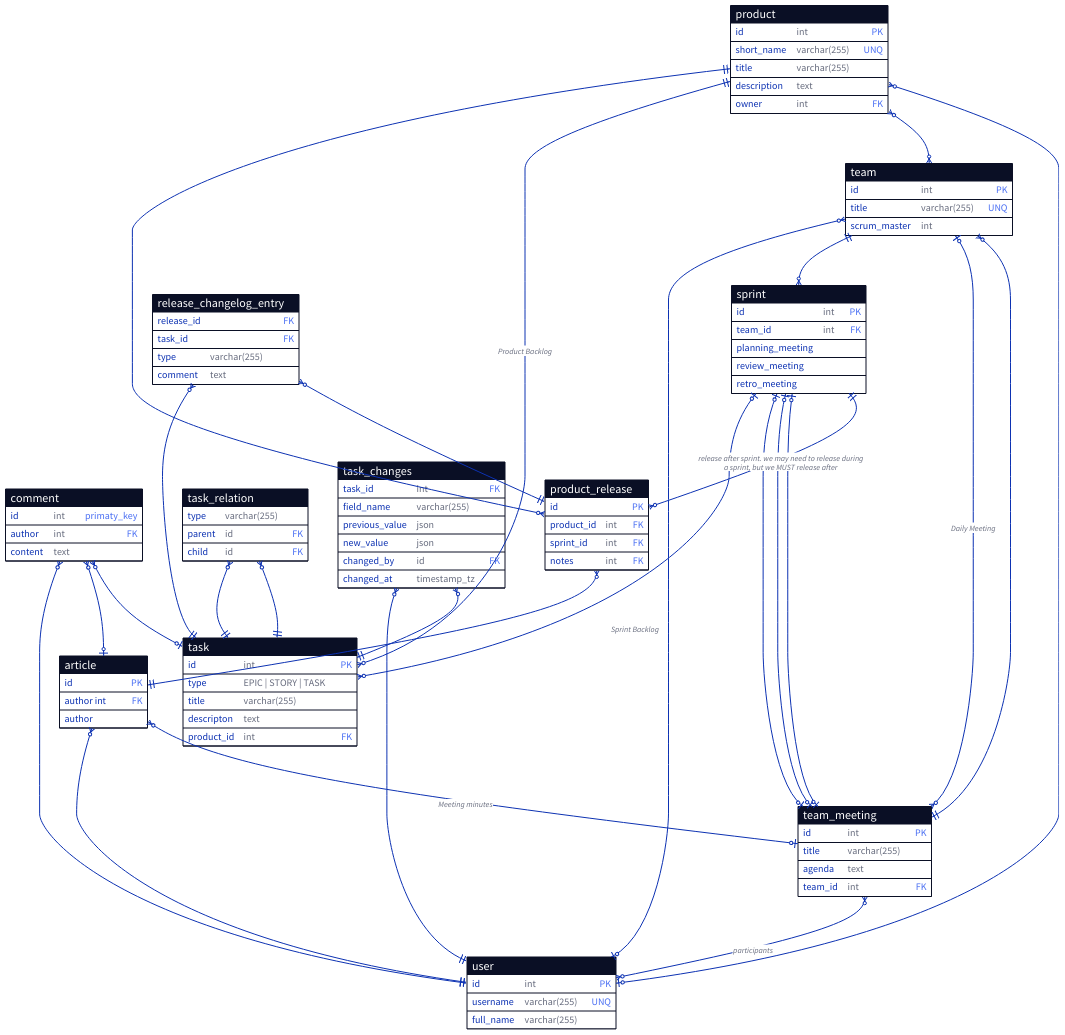
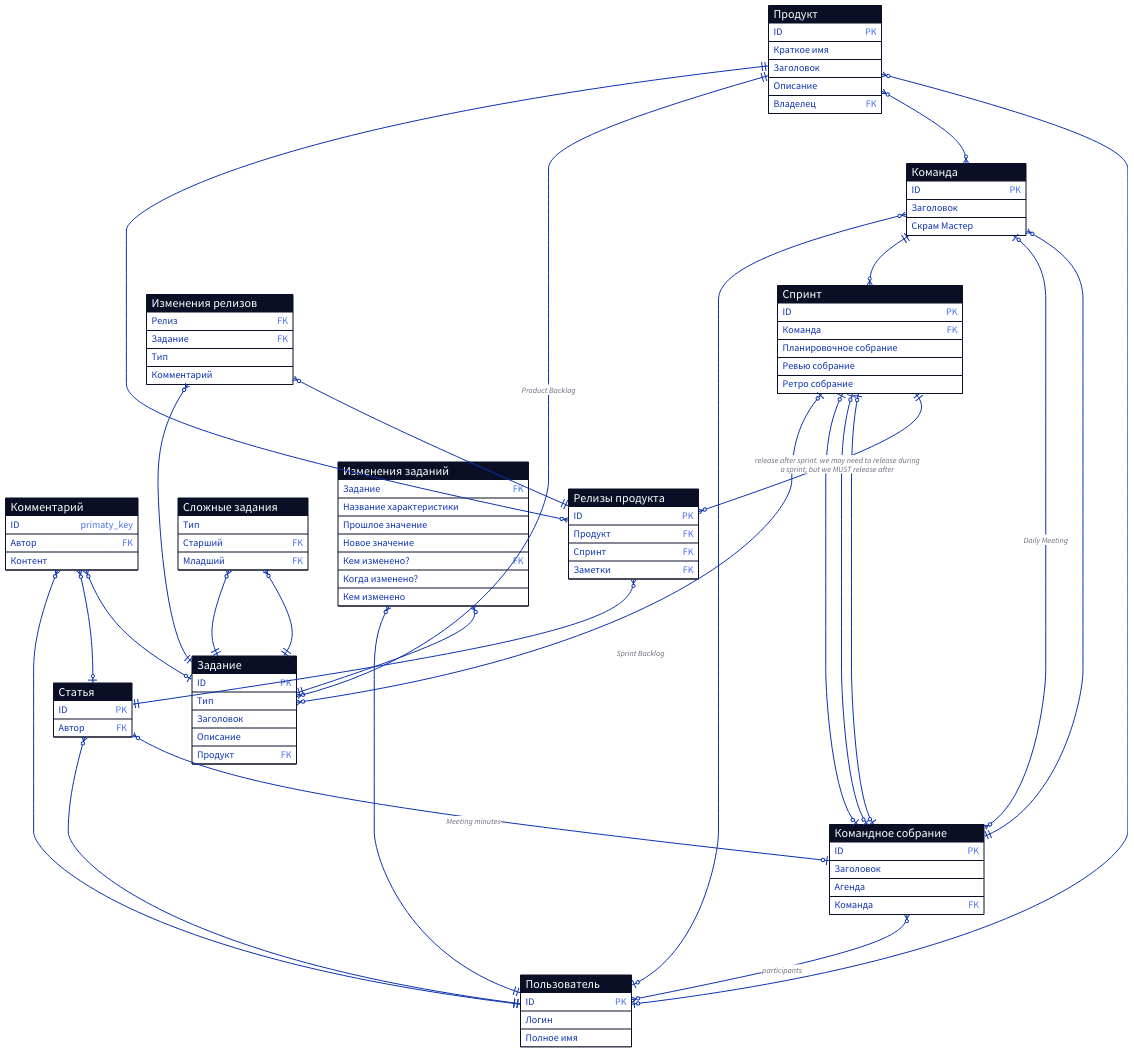
The diagram in docs/infological.d2 (forafox/Zadachnik), drawn with D2 before and after one commit. The commit also changed 1 other file, not shown here.

```diff
--- a/docs/infological.d2
+++ b/docs/infological.d2
@@ -1,62 +1,62 @@
-product: {
+Продукт: {
   shape: sql_table
-  id: int {constraint: primary_key}
-  short_name: varchar(255) {constraint: unique}
-  title: varchar(255)
-  description: text
-  owner: int {constraint: foreign_key}
+  ID {constraint: primary_key}
+  Краткое имя 
+  Заголовок
+  Описание
+  Владелец {constraint: foreign_key}
 }
 
-team: {
+Команда: {
   shape: sql_table
-  id: int {constraint: primary_key}
-  title: varchar(255) {constraint: unique}
-  scrum_master: int
+  ID {constraint: primary_key}
+  Заголовок
+  "Скрам Мастер"
 }
 
-user: {
+Пользователь: {
   shape: sql_table
-  id: int {constraint: primary_key}
-  username: varchar(255) {constraint: unique}
-  full_name: varchar(255)
+  ID {constraint: primary_key}
+  Логин
+  Полное имя
 }
 
-sprint: {
+Спринт: {
   shape: sql_table
-  id: int {constraint: primary_key}
-  team_id: int {constraint: foreign_key}
+  ID {constraint: primary_key}
+  Команда {constraint: foreign_key}
 }
 
-comment: {
+Комментарий: {
   shape: sql_table
-  id: int {constraint: primaty_key}
-  author: int {constraint: foreign_key}
-  content: text
+  ID {constraint: primaty_key}
+  Автор {constraint: foreign_key}
+  Контент
 }
 
-team_meeting: {
+"Командное собрание": {
   shape: sql_table
-  id: int {constraint: primary_key}
-  title: varchar(255)
-  agenda: text
-  team_id: int {constraint: foreign_key}
+  ID {constraint: primary_key}
+  Заголовок
+  Агенда
+  Команда {constraint: foreign_key}
 }
 
-article: {
+Статья: {
   shape: sql_table
-  id: {constraint: primary_key}
-  author int: {constraint: foreign_key}
+  ID {constraint: primary_key}
+  Автор {constraint: foreign_key}
 }
 
-product_release: {
+"Релизы продукта": {
   shape: sql_table
-  id: {constraint: primary_key}
-  product_id: int {constraint: foreign_key}
-  sprint_id: int {constraint: foreign_key}
-  notes: int {constraint: foreign_key}
+  ID: {constraint: primary_key}
+  Продукт {constraint: foreign_key}
+  Спринт  {constraint: foreign_key}
+  Заметки {constraint: foreign_key}
 }
 
-product_release.notes <-> article: {
+"Релизы продукта".Заметки <-> Статья: {
   source-arrowhead: {
     shape: cf-many
   }
@@ -65,15 +65,15 @@
   }
 }
 
-release_changelog_entry: {
+"Изменения релизов": {
   shape: sql_table
-  release_id: {constraint: foreign_key}
-  task_id: {constraint: foreign_key}
-  type: varchar(255) {tooltip: See keepachangelog.org}
-  comment: text
+  Релиз {constraint: foreign_key}
+  Задание {constraint: foreign_key}
+  Тип {tooltip: See keepachangelog.org}
+  Комментарий
 }
 
-release_changelog_entry.release_id <-> product_release: {
+"Изменения релизов".Релиз <-> "Релизы продукта": {
   source-arrowhead: {
     shape: cf-many
   }
@@ -82,7 +82,7 @@
   }
 }
 
-release_changelog_entry.task_id <-> task: {
+"Изменения релизов".Задание <-> Задание: {
   source-arrowhead: {
     shape: cf-many
   }
@@ -91,7 +91,7 @@
   }
 }
 
-sprint <-> product_release.sprint_id: {
+Спринт <-> "Релизы продукта".Спринт: {
   source-arrowhead: {
     shape: cf-one-required
   }
@@ -101,7 +101,7 @@
   label: "release after sprint. we may need to release during\na sprint, but we MUST release after"
 }
 
-product_release.product_id <-> product: {
+"Релизы продукта".Продукт <-> Продукт: {
   source-arrowhead: {
     shape: cf-many
   }
@@ -110,7 +110,7 @@
   }
 }
 
-article <-> team_meeting: {
+Статья <-> "Командное собрание": {
   source-arrowhead: {
     shape: cf-many
   }
@@ -120,7 +120,7 @@
   label: "Meeting minutes"
 }
 
-article.author <-> user: {
+Статья.Автор <-> Пользователь: {
   source-arrowhead: {
     shape: cf-many
   }
@@ -129,7 +129,7 @@
   }
 }
 
-team <-> team_meeting.team_id: {
+Команда <-> "Командное собрание".Команда: {
   source-arrowhead: {
     shape: cf-many
   }
@@ -138,7 +138,7 @@
   }
 }
 
-sprint.planning_meeting <-> team_meeting: {
+Спринт."Планировочное собрание" <-> "Командное собрание": {
   source-arrowhead: {
     shape: cf-one
   }
@@ -147,7 +147,7 @@
   }
 }
 
-sprint.review_meeting <-> team_meeting: {
+Спринт."Ревью собрание" <-> "Командное собрание": {
   source-arrowhead: {
     shape: cf-one
   }
@@ -156,7 +156,7 @@
   }
 }
 
-sprint.retro_meeting <-> team_meeting: {
+Спринт."Ретро собрание" <-> "Командное собрание": {
   source-arrowhead: {
     shape: cf-one
   }
@@ -165,7 +165,7 @@
   }
 }
 
-team <-> team_meeting: {
+Команда <-> "Командное собрание": {
   label: "Daily Meeting"
   source-arrowhead: {
     shape: cf-one
@@ -175,7 +175,7 @@
   }
 }
 
-team_meeting <-> user: {
+"Командное собрание" <-> Пользователь: {
   label: "participants"
   source-arrowhead: {
     shape: cf-many
@@ -185,7 +185,7 @@
   }
 }
 
-comment <-> task: {
+Комментарий <-> Задание: {
   source-arrowhead: {
     shape: cf-many
   }
@@ -194,7 +194,7 @@
   }
 }
 
-comment <-> article: {
+Комментарий <-> Статья: {
   source-arrowhead: {
     shape: cf-many
   }
@@ -203,7 +203,7 @@
   }
 }
 
-comment.author <-> user: {
+Комментарий. <-> Пользователь: {
   source-arrowhead: {
     shape: cf-many
   }
@@ -212,7 +212,7 @@
   }
 }
 
-team.id <-> sprint.team_id: {
+Команда.ID <-> Спринт.Команда: {
   source-arrowhead: {
     shape: cf-one-required
   }
@@ -221,7 +221,7 @@
   }
 }
 
-team.scrum_master <-> user: {
+Команда."Скрам Мастер" <-> Пользователь: {
   source-arrowhead: {
     shape: cf-many
   }
@@ -230,7 +230,7 @@
   }
 }
 
-product.owner <-> user: {
+Продукт.Владелец <-> Пользователь: {
   source-arrowhead: {
     shape: cf-many
   }
@@ -239,7 +239,7 @@
   }
 }
 
-product <-> team: {
+Продукт <-> Команда: {
   source-arrowhead: {
     shape: cf-many
   }
@@ -248,23 +248,23 @@
   }
 }
 
-task: {
+Задание: {
   shape: sql_table
-  id: int {constraint: primary_key}
-  type: 'EPIC | STORY | TASK'
-  title: varchar(255)
-  descripton: text
-  product_id: int {constraint: foreign_key}
+  ID {constraint: primary_key}
+  Тип
+  Заголовок
+  Описание
+  Продукт {constraint: foreign_key}
 }
 
-task_relation: {
+"Сложные задания": {
   shape: sql_table
-  type: varchar(255)
-  parent: id {constraint: foreign_key}
-  child: id {constraint: foreign_key}
+  Тип
+  Старший {constraint: foreign_key}
+  Младший {constraint: foreign_key}
 }
 
-task_relation.parent <-> task: {
+"Сложные задания".Старший <-> Задание: {
   source-arrowhead: {
     shape: cf-many
   }
@@ -273,7 +273,7 @@
   }
 }
 
-task_relation.child <-> task: {
+"Сложные задания".младший <-> Задание: {
   source-arrowhead: {
     shape: cf-many
   }
@@ -282,7 +282,7 @@
   }
 }
 
-product.id <-> task.product_id: {
+Продукт.ID <-> Задание.Продукт: {
   source-arrowhead: {
     shape: cf-one-required
   }
@@ -292,7 +292,7 @@
   label: "Product Backlog"
 }
 
-sprint.id <-> task.id: {
+Спринт.ID <-> Задание.ID: {
   source-arrowhead: {
     shape: cf-one
   }
@@ -302,17 +302,17 @@
   label: "Sprint Backlog"
 }
 
-task_changes: {
+"Изменения заданий": {
   shape: sql_table
-  task_id: int {constraint: foreign_key}
-  field_name: varchar(255)
-  previous_value: json
-  new_value: json
-  changed_by: id {constraint: foreign_key}
-  changed_at: timestamp_tz
+  Задание {constraint: foreign_key}
+  "Название характеристики" 
+  "Прошлое значение"
+  "Новое значение"
+  "Кем изменено?" {constraint: foreign_key}
+  "Когда изменено?"
 }
 
-task_changes.task_id <-> task: {
+"Изменения заданий".Задание <-> Задание: {
   target-arrowhead: {
     shape: cf-one-required
   }
@@ -320,7 +320,7 @@
     shape: cf-many
   }
 }
-task_changes.changed_by <-> user: {
+"Изменения заданий"."Кем изменено" <-> Пользователь: {
   target-arrowhead: {
     shape: cf-one-required
   }
```
